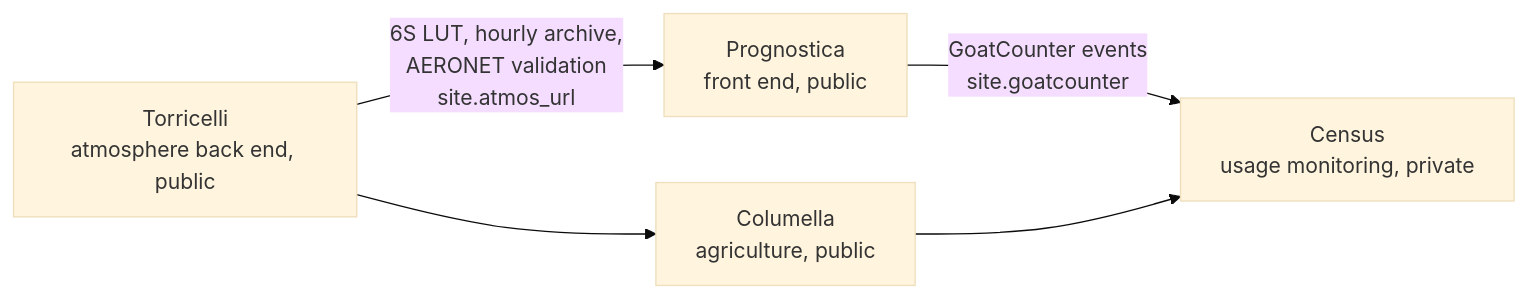
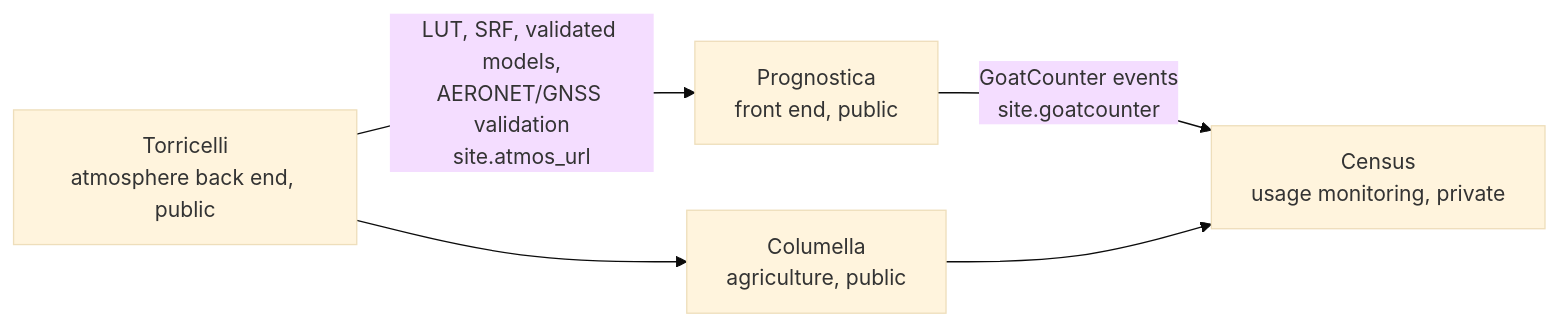
Before and after one commit to francescorossi3/prognostica: the fourth of 5 diagrams in docs/HOW_IT_WORKS.md, drawn with Mermaid (base theme). The commit also changed other lines of this file and 4 other files, not shown here.

````diff
--- a/docs/HOW_IT_WORKS.md
+++ b/docs/HOW_IT_WORKS.md
@@ -90,11 +90,11 @@
 ```mermaid
 flowchart LR
   P[Prognostica<br>front end, public]
   Co[Columella<br>agriculture, public]
   T[Torricelli<br>atmosphere back end, public]
   C[Census<br>usage monitoring, private]
-  T -->|6S LUT, hourly archive,<br>AERONET validation<br>site.atmos_url| P
+  T -->|LUT, SRF, validated models,<br>AERONET/GNSS validation<br>site.atmos_url| P
   T --> Co
   P -->|GoatCounter events<br>site.goatcounter| C
   Co --> C
 ```
````
